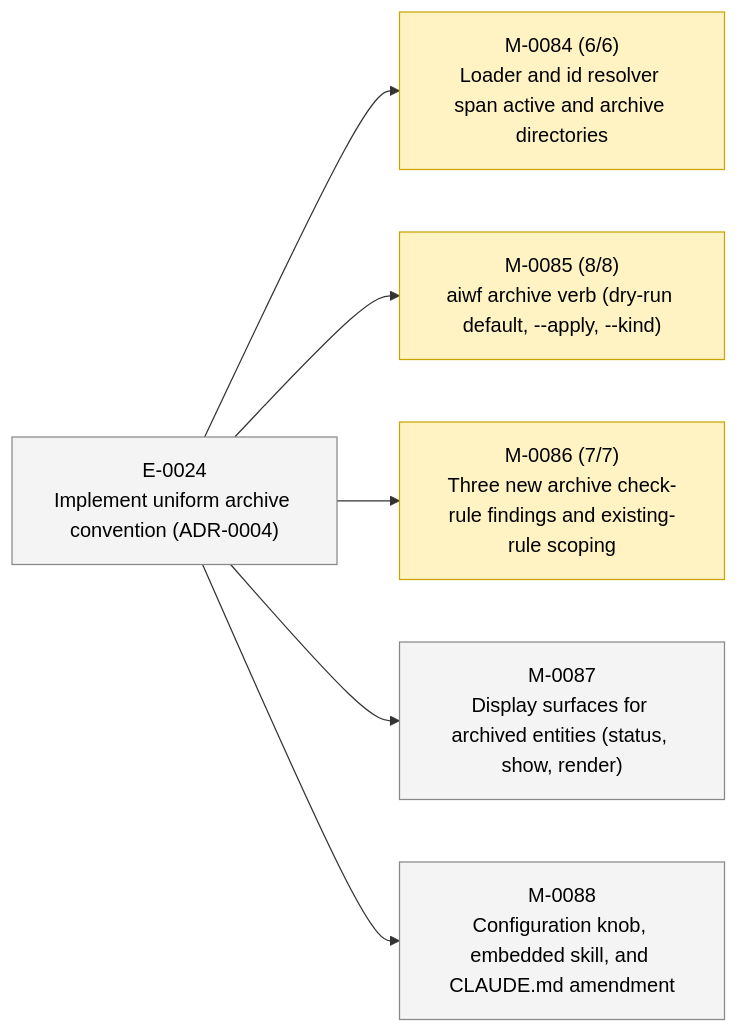
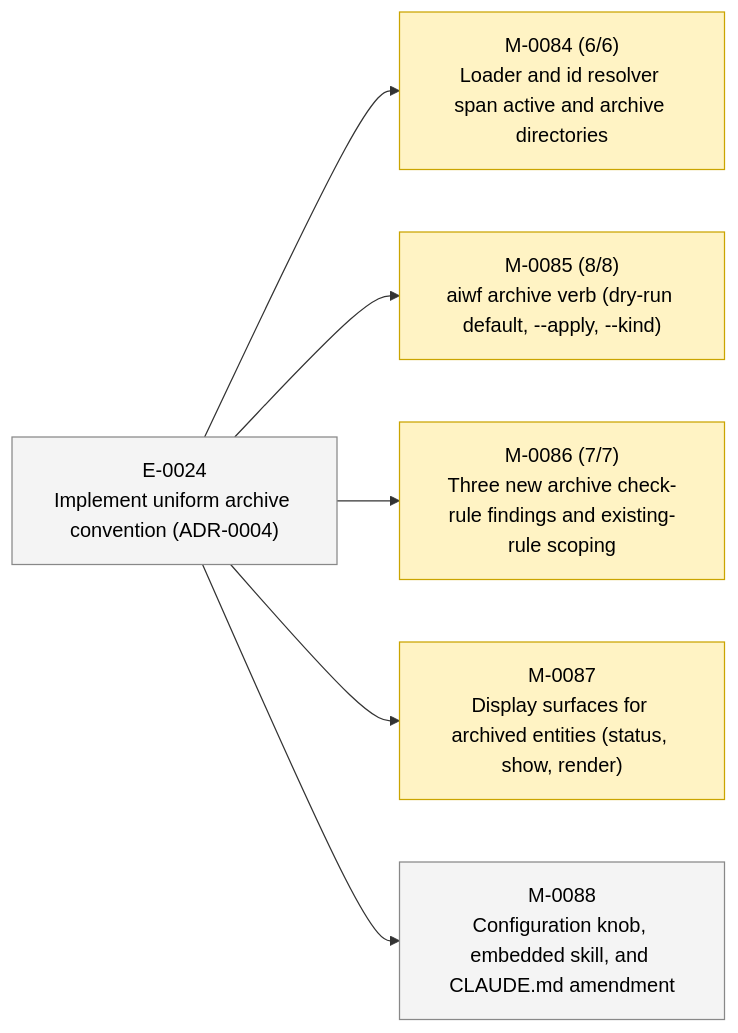
One commit to 23min/aiwf changed the second of 2 diagrams in STATUS.md. Above: the diagram before and after it, drawn with Mermaid. The commit also changed other lines of this file and 1 other file, not shown here.

First line of the commit message:
aiwf promote M-0087 draft -> in_progress

````diff
--- a/STATUS.md
+++ b/STATUS.md
@@ -49,20 +49,20 @@
 ```mermaid
 flowchart LR
   E_0024["E-0024<br/>Implement uniform archive convention (ADR-0004)"]:::epic_proposed
   M_0084["M-0084 (6/6)<br/>Loader and id resolver span active and archive directories"]:::ms_in_progress
   E_0024 --> M_0084
   M_0085["M-0085 (8/8)<br/>aiwf archive verb (dry-run default, --apply, --kind)"]:::ms_in_progress
   E_0024 --> M_0085
   M_0086["M-0086 (7/7)<br/>Three new archive check-rule findings and existing-rule scoping"]:::ms_in_progress
   E_0024 --> M_0086
-  M_0087["M-0087<br/>Display surfaces for archived entities (status, show, render)"]:::ms_draft
+  M_0087["M-0087<br/>Display surfaces for archived entities (status, show, render)"]:::ms_in_progress
   E_0024 --> M_0087
   M_0088["M-0088<br/>Configuration knob, embedded skill, and CLAUDE.md amendment"]:::ms_draft
   E_0024 --> M_0088
   classDef epic_active fill:#d6eaff,stroke:#1a73e8,color:#000
   classDef epic_proposed fill:#f4f4f4,stroke:#888,color:#000
   classDef ms_done fill:#d8f5d8,stroke:#2a8a2a,color:#000
   classDef ms_in_progress fill:#fff3c4,stroke:#caa400,color:#000
   classDef ms_draft fill:#f4f4f4,stroke:#888,color:#000
   classDef ms_cancelled fill:#fbeaea,stroke:#c33,color:#000
 ```
````
